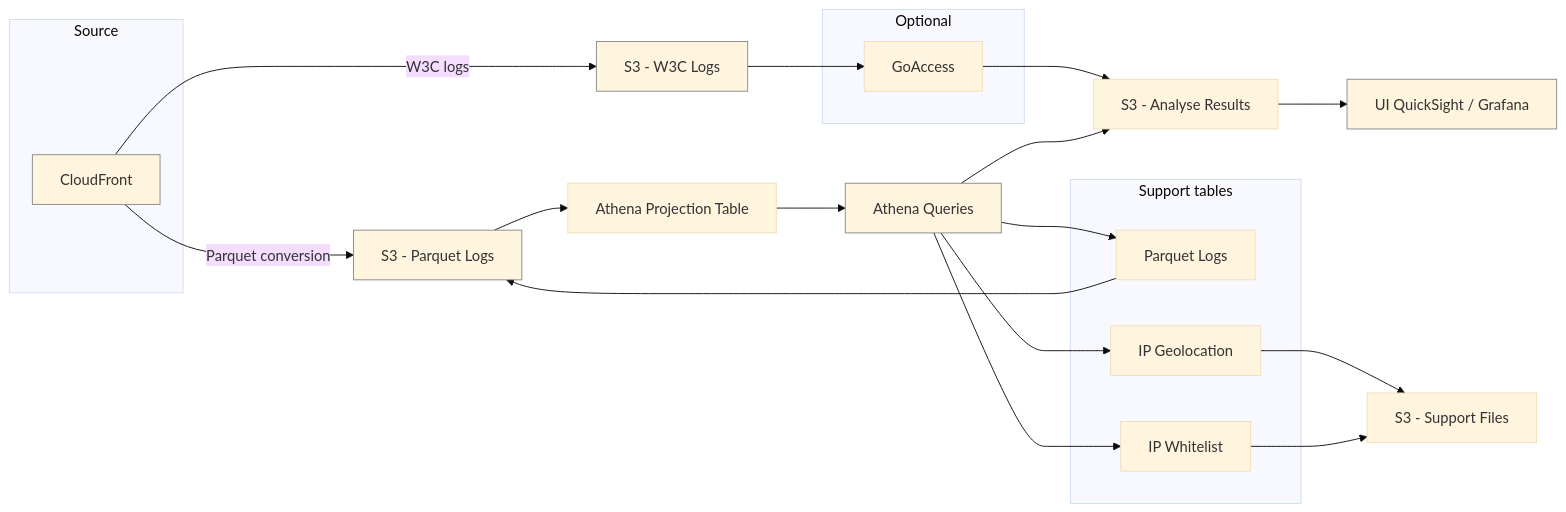
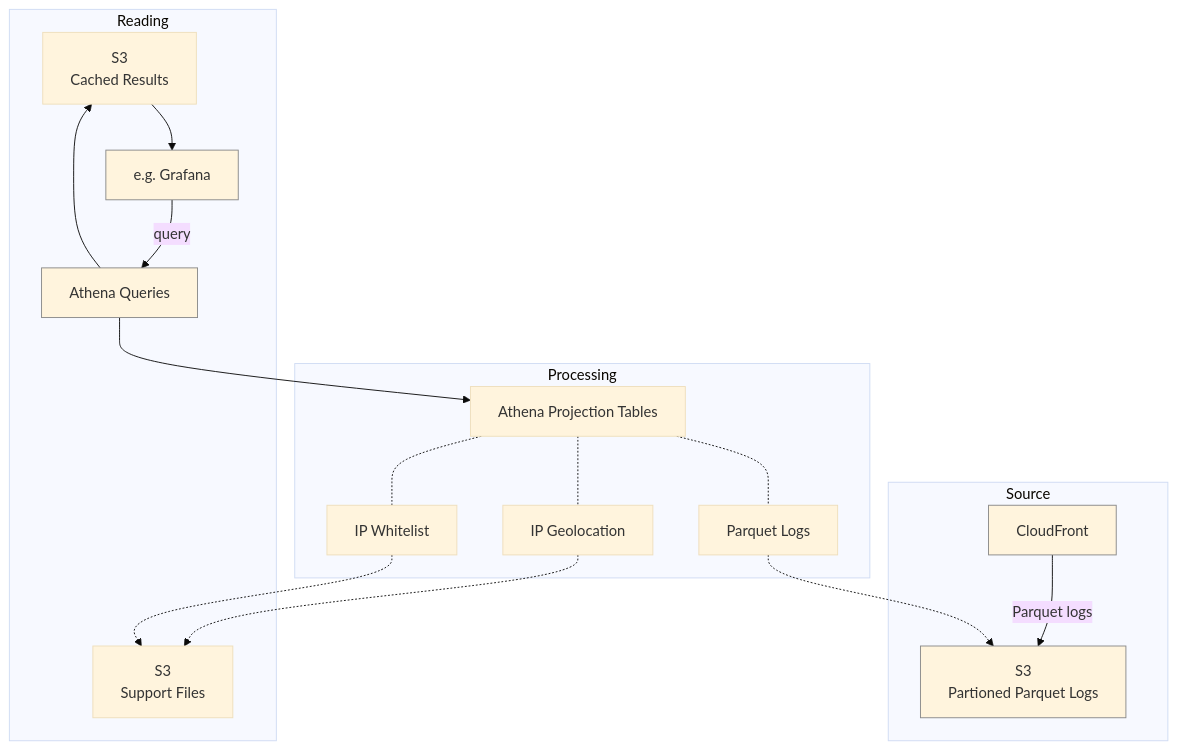
The diagram in README.md (tx-pts-dai/terraform-aws-cloudfront-logs-analyzer), drawn with Mermaid (base theme) before and after one commit. The commit also changed other lines of this file, not shown here.

Commit message:
rewrite architecture documentation

````diff
--- a/README.md
+++ b/README.md
@@ -94,40 +92,42 @@
 ```mermaid
-flowchart LR
+flowchart TB
+
   subgraph Source
     CF[CloudFront]
+    S3_Parquet[S3 <br> Partioned Parquet Logs]
+
+    CF -->|Parquet logs| S3_Parquet
   end
 
-  CF -->|W3C logs| S3w[S3 - W3C Logs]
-  CF -->|Parquet conversion| S3p[S3 - Parquet Logs]
 
-  subgraph Optional
-    GoAccess[GoAccess]
-  end
-  S3w --> GoAccess
-  GoAccess --> S3a[S3 - Analyse Results]
+  subgraph Processing
+    AthenaProj[Athena Projection Tables]
+    T_ParquetLogs[Parquet Logs]
+    T_IPGeo[IP Geolocation]
+    T_IPWL[IP Whitelist]
 
-  S3p --> AthenaProj[Athena Projection Table]
-  AthenaProj --> AthenaQueries[Athena Queries]
-  AthenaQueries --> S3a
-  S3a --> UI[UI QuickSight / Grafana]
-
-  subgraph SupportTables[Support tables]
-    ParquetLogs[Parquet Logs]
-    IPGeo[IP Geolocation]
-    IPWL[IP Whitelist]
+    AthenaProj -.- T_ParquetLogs
+    AthenaProj -.- T_IPGeo
+    AthenaProj -.- T_IPWL
   end
 
-  AthenaQueries --> ParquetLogs
-  AthenaQueries --> IPGeo
-  AthenaQueries --> IPWL
+  subgraph Reading
+    S3_Cache[S3 <br> Cached Results]
+    S3_support[S3 <br> Support Files]
+    AthenaQueries[Athena Queries]
 
-  ParquetLogs --> S3p
-  IPGeo --> S3support[S3 - Support Files]
-  IPWL --> S3support
+    UI[e.g. Grafana] -->|query| AthenaQueries
+    AthenaQueries --> S3_Cache
+    AthenaQueries --> AthenaProj
+    S3_Cache --> UI
+  end
+
+  T_ParquetLogs -.-> S3_Parquet
+  T_IPGeo -.-> S3_support
+  T_IPWL -.-> S3_support
 
   style CF stroke:#888,stroke-width:1px
-  style S3p stroke:#888
-  style S3w stroke:#888
+  style S3_Parquet stroke:#888
   style AthenaQueries stroke:#888
   style UI stroke:#888
 ```
````
